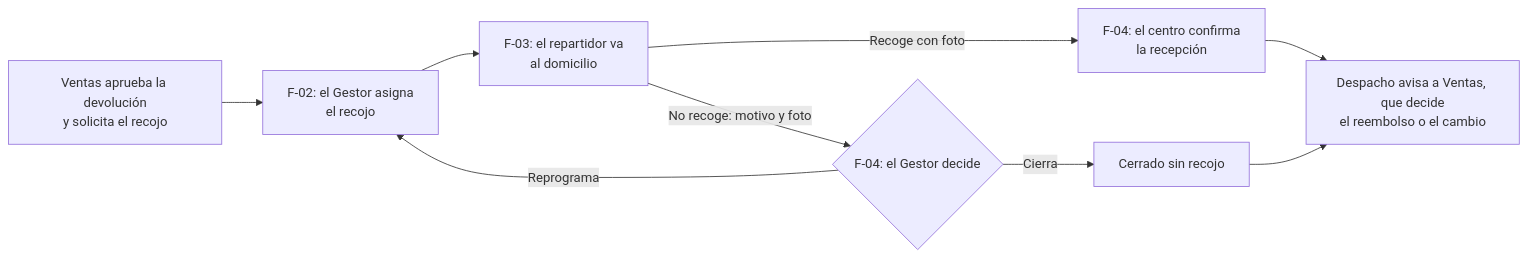
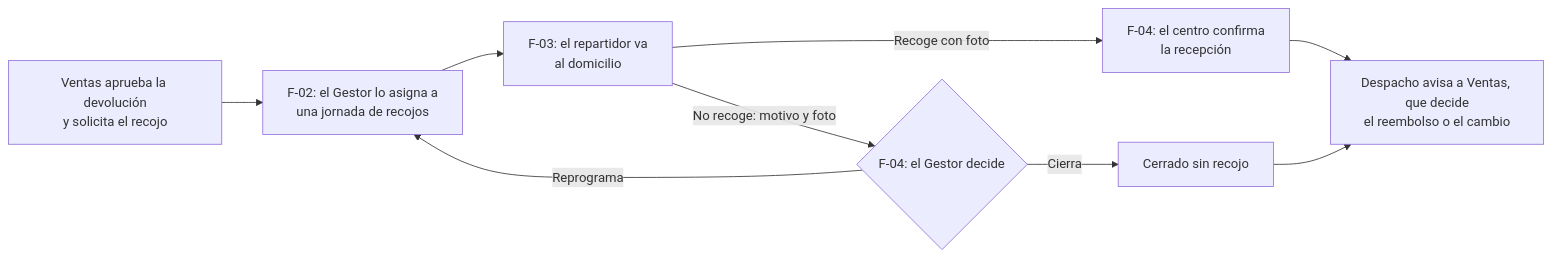
The second of 2 diagrams in arquitectura/macroproceso-despacho.md (Taller-SW-Web/G2-Despacho-Specs), drawn with Mermaid before and after one commit. The commit also changed 35 other files, not shown here.

````diff
--- a/arquitectura/macroproceso-despacho.md
+++ b/arquitectura/macroproceso-despacho.md
@@ -100,11 +100,11 @@
 ```mermaid
 flowchart LR
-    VEN["Ventas aprueba la devolución<br/>y solicita el recojo"] --> ASIG["F-02: el Gestor asigna<br/>el recojo"]
+    VEN["Ventas aprueba la devolución<br/>y solicita el recojo"] --> ASIG["F-02: el Gestor lo asigna a<br/>una jornada de recojos"]
     ASIG --> CAMPO["F-03: el repartidor va<br/>al domicilio"]
     CAMPO -->|Recoge con foto| CENTRO["F-04: el centro confirma<br/>la recepción"]
     CAMPO -->|No recoge: motivo y foto| DEC{"F-04: el Gestor decide"}
     DEC -->|Reprograma| ASIG
     DEC -->|Cierra| FIN["Cerrado sin recojo"]
     CENTRO --> AVISO["Despacho avisa a Ventas, que decide<br/>el reembolso o el cambio"]
     FIN --> AVISO
 ```
````
